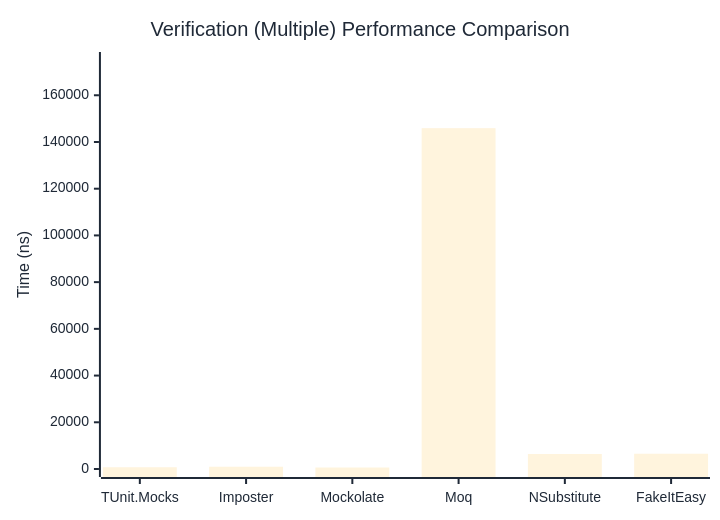
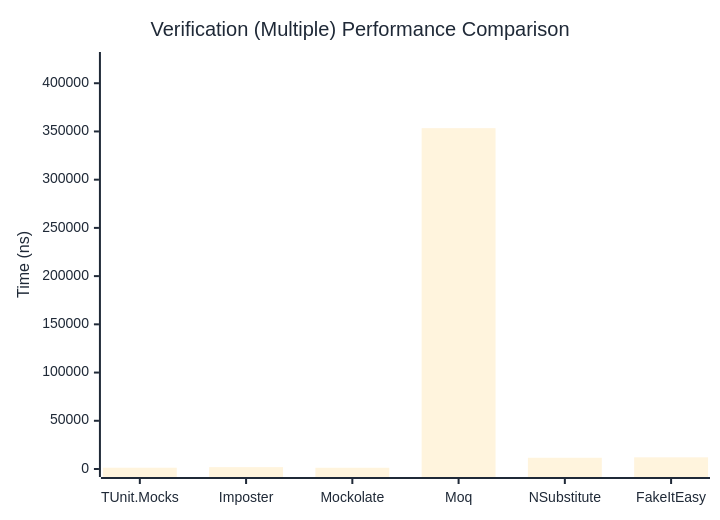
The third of 3 diagrams in docs/docs/benchmarks/mocks/Verification.md (thomhurst/TUnit), drawn with Mermaid before and after one commit. The commit also changed other lines of this file and 14 other files, not shown here.

````diff
--- a/docs/docs/benchmarks/mocks/Verification.md
+++ b/docs/docs/benchmarks/mocks/Verification.md
@@ -112,27 +112,27 @@
 ```mermaid
 %%{init: {
   'theme':'base',
   'themeVariables': {
     'primaryColor': '#2563eb',
     'primaryTextColor': '#1f2937',
     'primaryBorderColor': '#1e40af',
     'lineColor': '#6b7280',
     'secondaryColor': '#7c3aed',
     'tertiaryColor': '#dc2626',
     'background': '#ffffff',
     'pie1': '#2563eb',
     'pie2': '#7c3aed',
     'pie3': '#dc2626',
     'pie4': '#f59e0b',
     'pie5': '#10b981',
     'pie6': '#06b6d4',
     'pie7': '#ec4899',
     'pie8': '#6366f1'
   }
 }}%%
 xychart-beta
   title "Verification (Multiple) Performance Comparison"
   x-axis ["TUnit.Mocks", "Imposter", "Mockolate", "Moq", "NSubstitute", "FakeItEasy"]
-  y-axis "Time (ns)" 0 --> 175098
-  bar [754.7, 976.7, 637.5, 145914.45, 6421.25, 6540.16]
+  y-axis "Time (ns)" 0 --> 424086
+  bar [1307.2, 1937.76, 1289.65, 353404.41, 11651.25, 12105.22]
 ```
````
